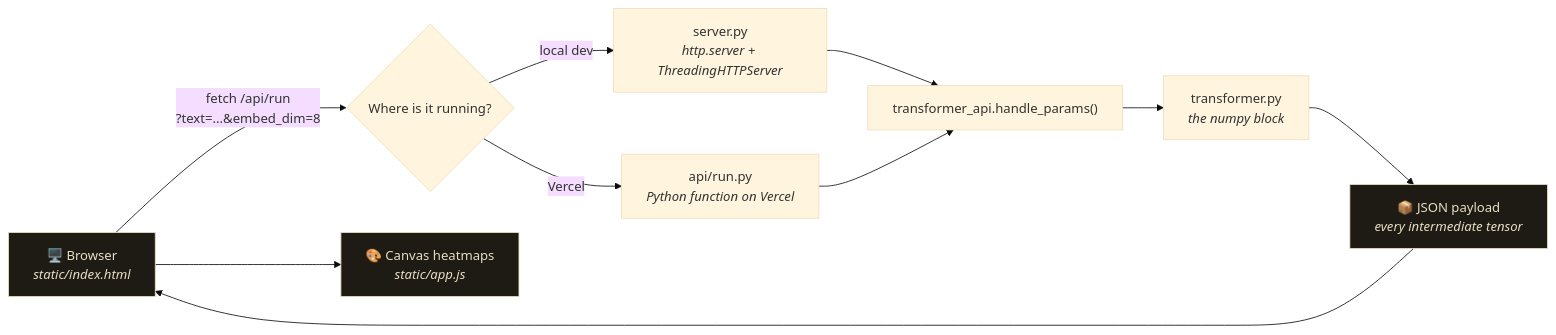
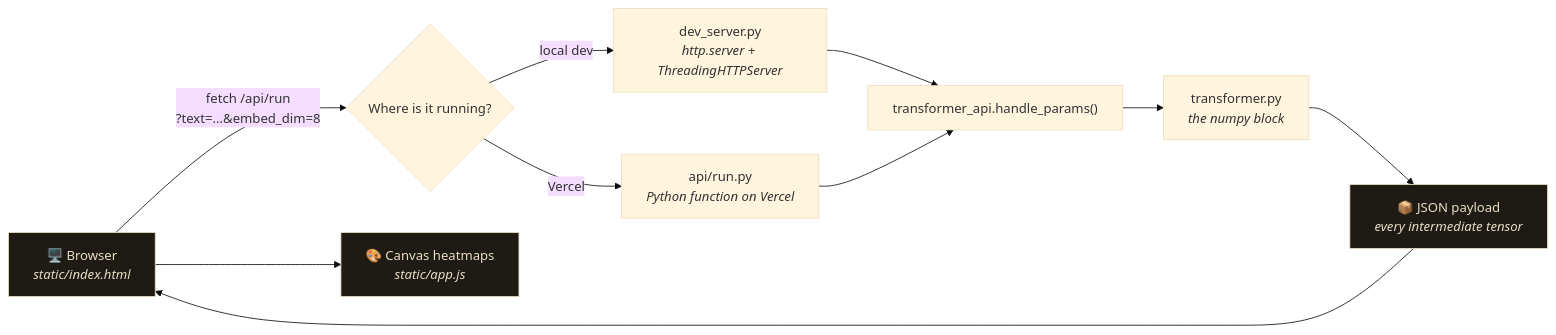
One commit to AKXLR8/transformer_in_numpy changed the first of 2 diagrams in README.md. Above: the diagram before and after it, drawn with Mermaid (base theme). The commit also changed other lines of this file and 3 other files, not shown here.

First line of the commit message:
Rename server.py to dev_server.py so Vercel uses api/run.py

````diff
--- a/README.md
+++ b/README.md
@@ -60,16 +60,16 @@
 ```mermaid
 flowchart LR
     U["🖥️ Browser<br/><i>static/index.html</i>"] -->|"fetch /api/run<br/>?text=...&amp;embed_dim=8"| S{"Where is it running?"}
-    S -->|"local dev"| L["server.py<br/><i>http.server + ThreadingHTTPServer</i>"]
+    S -->|"local dev"| L["dev_server.py<br/><i>http.server + ThreadingHTTPServer</i>"]
     S -->|"Vercel"| F["api/run.py<br/><i>Python function on Vercel</i>"]
     L --> P["transformer_api.handle_params()"]
     F --> P
     P --> T["transformer.py<br/><i>the numpy block</i>"]
     T --> J["📦 JSON payload<br/><i>every intermediate tensor</i>"]
     J --> U
     U --> V["🎨 Canvas heatmaps<br/><i>static/app.js</i>"]
 
     style U fill:#1d1b14,stroke:#e8dcc3,color:#e8dcc3
     style J fill:#1d1b14,stroke:#e8dcc3,color:#e8dcc3
     style V fill:#1d1b14,stroke:#e8dcc3,color:#e8dcc3
 ```
````
